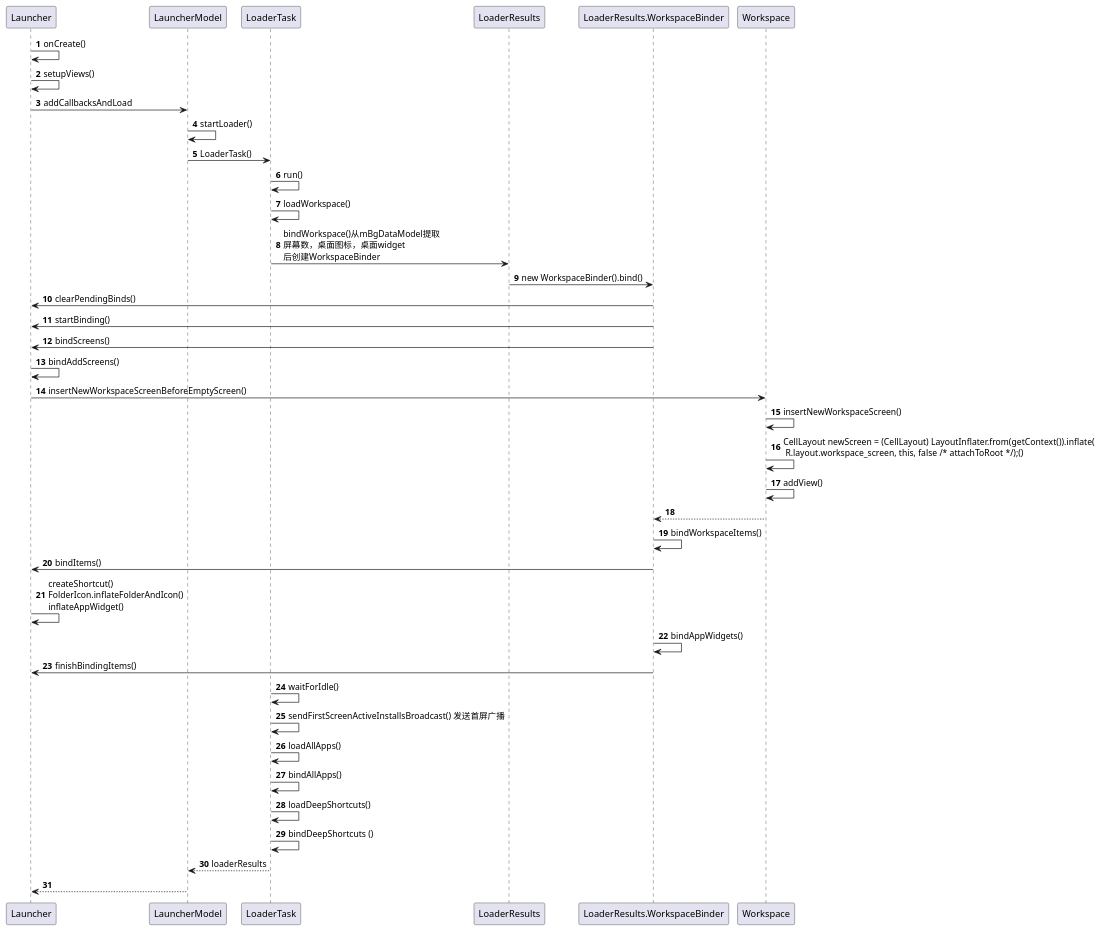
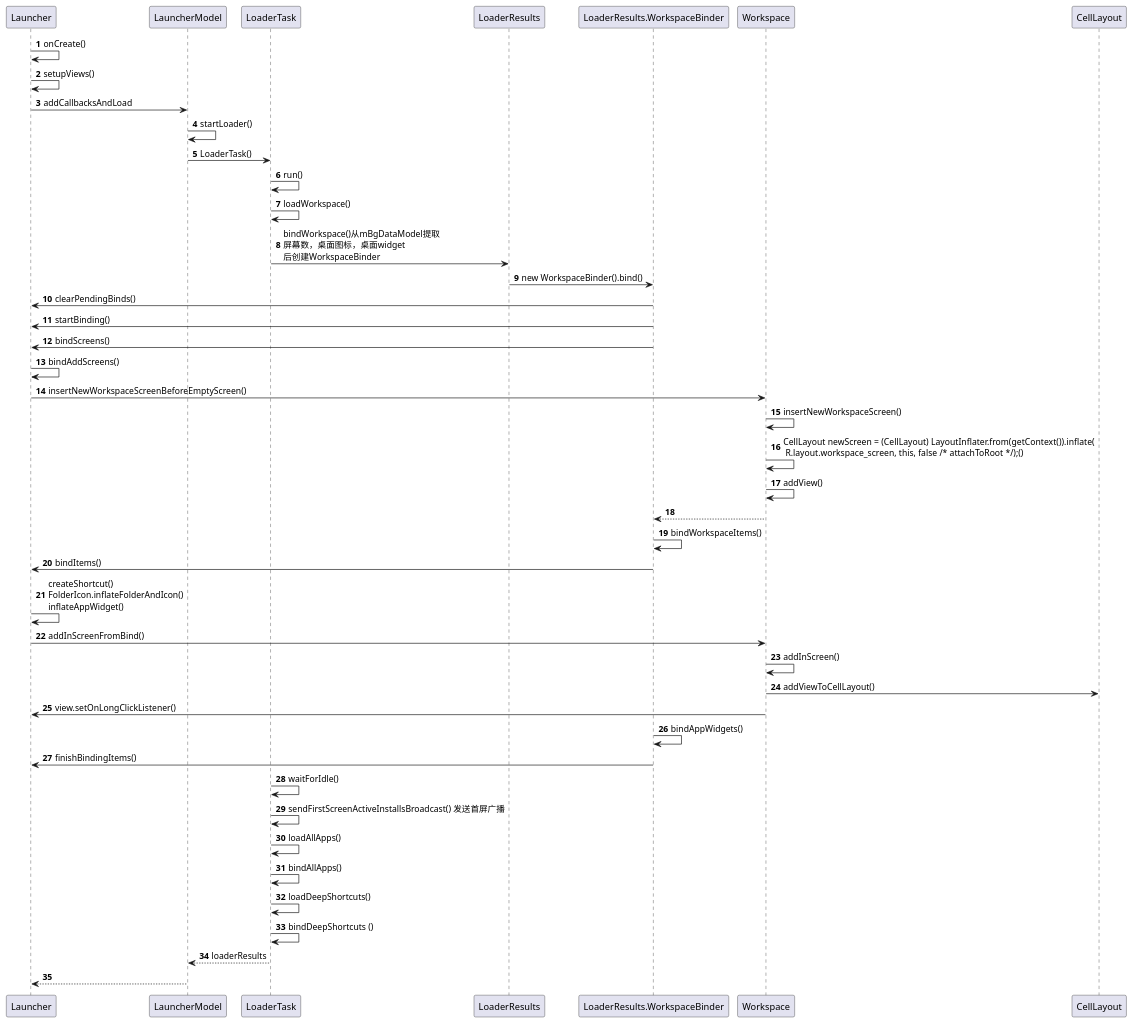
The diagram in src/com/android/launcher3/DataLoader.puml (dakakodowalu/Launcher3Customization), drawn with PlantUML before and after one commit.

Commit message:
DataLoader.puml upadate

```diff
--- a/src/com/android/launcher3/DataLoader.puml
+++ b/src/com/android/launcher3/DataLoader.puml
@@ -1,69 +1,73 @@
 @startuml
 'https://plantuml.com/sequence-diagram
 
 autonumber
 Launcher -> Launcher: onCreate()
 Launcher -> Launcher: setupViews()
 Launcher -> LauncherModel: addCallbacksAndLoad
 LauncherModel -> LauncherModel: startLoader()
 LauncherModel -> LoaderTask: LoaderTask()
 LoaderTask -> LoaderTask: run()
 
 
 LoaderTask -> LoaderTask: loadWorkspace()
 'LoaderTask -> LauncherSettings.Settings: call()
 'LauncherSettings.Settings -> LauncherProvider: call()
 '
 'LauncherProvider -> LauncherProvider: createDbIfNotExists()数据库加载(call先调用也许)
 'LauncherProvider -> DatabaseHelper: createDatabaseHelper()
 'DatabaseHelper -> DatabaseHelper: onCreate()
 'DatabaseHelper -> DatabaseHelper: addFavoritesTable()
 'DatabaseHelper -> Favorites: addTableToDb()
 'Favorites --> DatabaseHelper
 'DatabaseHelper -> DatabaseHelper: onEmptyDbCreated()
 'DatabaseHelper -> SharedPreferences: EMPTY_DATABASE_CREATED
 '
 'LauncherProvider -> LauncherProvider: loadDefaultFavoritesIfNecessary()
 'LauncherProvider -> LauncherProvider: createWorkspaceLoaderFromAppRestriction()
 'LauncherProvider -> LauncherProvider.DatabaseHelper: createEmptyDB()
 'LauncherProvider -> LauncherProvider.DatabaseHelper: loadFavorites()
 'LauncherProvider -> LauncherProvider: clearFlagEmptyDbCreated()
 '
 'LauncherProvider -> LoaderCursor: LoaderCursor()
 'LauncherProvider -> LoaderCursor: markDeleted()(检查是否有效?无效删除)
 'LauncherProvider -> LoaderCursor: checkAndAddItem()(快捷方式3/Folder/widgets)
 'LauncherProvider -> IconCache: getTitlesAndIconsInBulk()
 'LauncherProvider -> IconRequestInfo: loadWorkspaceIcon()(加载图标的地方)
 'IconRequestInfo -> LauncherIcons: createIconBitmap()(加载图标的地方ShortcutIconResource/DB)
 'IconRequestInfo -> WorkspaceItemInfo: WorkspaceItemInfo.bitmap = iconInfo(更新图标)
 'LauncherProvider -> LoaderCursor: commitDeleted()
 'LauncherProvider -> LoaderCursor: commitRestoredItems()
 
 LoaderTask -> LoaderResults: bindWorkspace()从mBgDataModel提取\n屏幕数，桌面图标，桌面widget\n后创建WorkspaceBinder
 LoaderResults -> LoaderResults.WorkspaceBinder:new WorkspaceBinder().bind()
 LoaderResults.WorkspaceBinder -> Launcher:clearPendingBinds()
 LoaderResults.WorkspaceBinder -> Launcher:startBinding()
 LoaderResults.WorkspaceBinder -> Launcher:bindScreens()
 Launcher -> Launcher:bindAddScreens()
 Launcher -> Workspace:insertNewWorkspaceScreenBeforeEmptyScreen()
 Workspace -> Workspace:insertNewWorkspaceScreen()
 Workspace -> Workspace:CellLayout newScreen = (CellLayout) LayoutInflater.from(getContext()).inflate(\n R.layout.workspace_screen, this, false /* attachToRoot */);()
 Workspace -> Workspace:addView()
 Workspace --> LoaderResults.WorkspaceBinder
 LoaderResults.WorkspaceBinder -> LoaderResults.WorkspaceBinder:bindWorkspaceItems()
 LoaderResults.WorkspaceBinder -> Launcher:bindItems()
 Launcher -> Launcher:createShortcut()\nFolderIcon.inflateFolderAndIcon()\ninflateAppWidget()
+Launcher -> Workspace:addInScreenFromBind()
+Workspace -> Workspace:addInScreen()
+Workspace -> CellLayout:addViewToCellLayout()
+Workspace -> Launcher:view.setOnLongClickListener()
 LoaderResults.WorkspaceBinder -> LoaderResults.WorkspaceBinder:bindAppWidgets()
 LoaderResults.WorkspaceBinder -> Launcher:finishBindingItems()
 
 
 LoaderTask -> LoaderTask: waitForIdle()
 LoaderTask -> LoaderTask: sendFirstScreenActiveInstallsBroadcast() 发送首屏广播
 LoaderTask -> LoaderTask: loadAllApps()
 LoaderTask -> LoaderTask: bindAllApps()
 LoaderTask -> LoaderTask: loadDeepShortcuts()
 LoaderTask -> LoaderTask: bindDeepShortcuts ()
 LoaderTask --> LauncherModel: loaderResults
 LauncherModel --> Launcher
 
 @enduml
```
